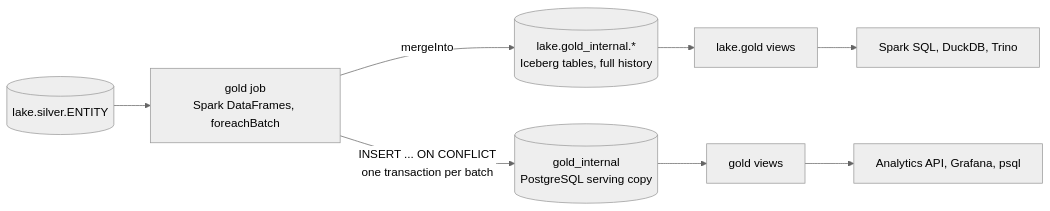
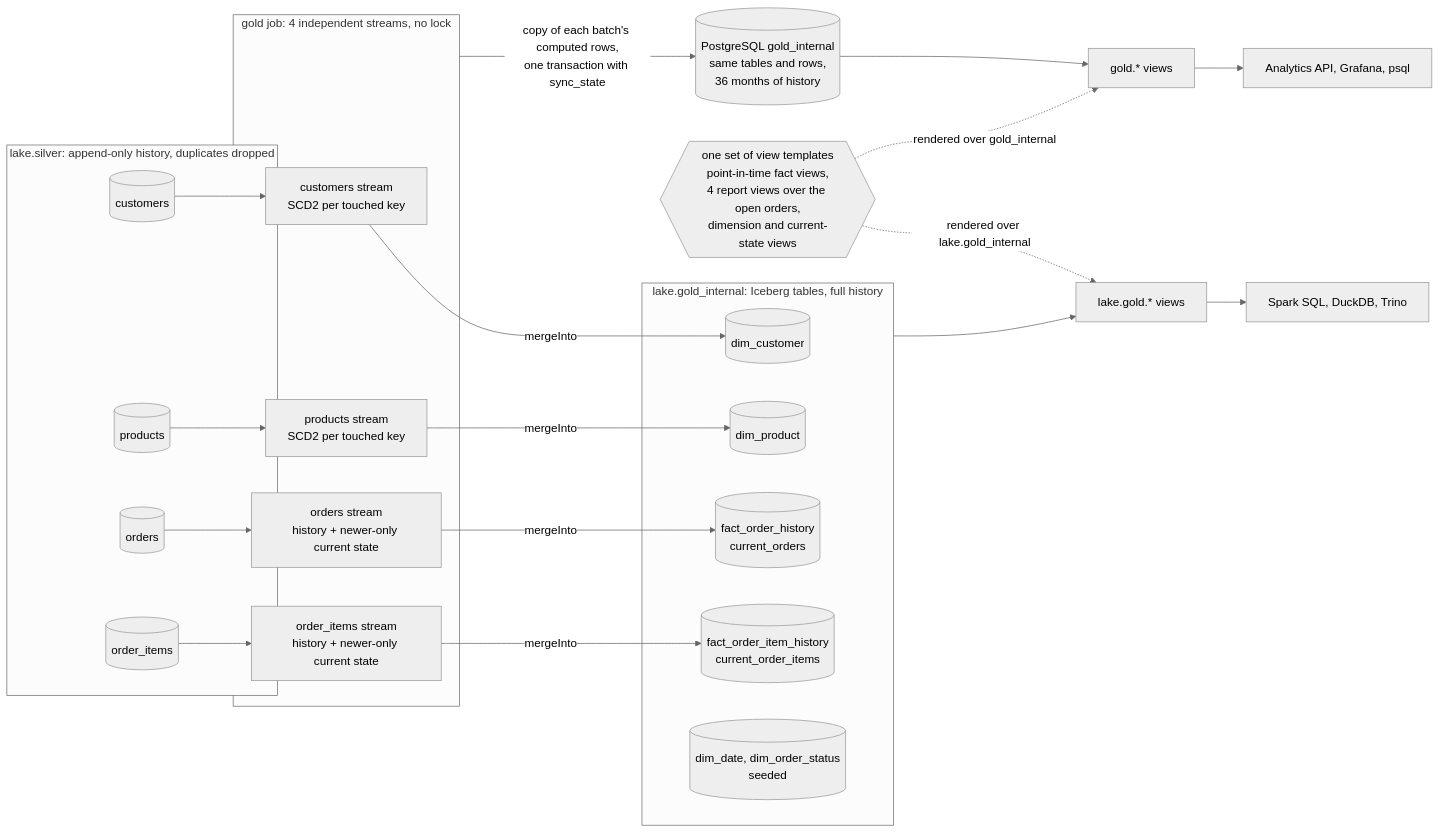
The diagram in docs/lakehouse/gold/index.md (jonathan5p/deel-home-task), drawn with Mermaid (neutral theme) before and after one commit. The commit also changed other lines of this file and 2 other files, not shown here.

Commit message:
docs(gold): describe the independent gold streams, business-key facts and the shared read-time views

````diff
--- a/docs/lakehouse/gold/index.md
+++ b/docs/lakehouse/gold/index.md
@@ -7,10 +7,40 @@
 ```mermaid
 flowchart LR
-    silver[("lake.silver.ENTITY")] --> job["gold job<br/>Spark DataFrames, foreachBatch"]
-    job -- "mergeInto" --> iceberg[("lake.gold_internal.*<br/>Iceberg tables, full history")]
-    job -- "INSERT ... ON CONFLICT<br/>one transaction per batch" --> pg[("gold_internal<br/>PostgreSQL serving copy")]
-    iceberg --> lviews["lake.gold views"]
-    pg --> gviews["gold views"]
-    lviews --> lake["Spark SQL, DuckDB, Trino"]
-    gviews --> serve["Analytics API, Grafana, psql"]
+    subgraph silver["lake.silver: append-only history, duplicates dropped"]
+        sc[("customers")]
+        sp[("products")]
+        so[("orders")]
+        si[("order_items")]
+    end
+    subgraph job["gold job: 4 independent streams, no lock"]
+        gc["customers stream<br/>SCD2 per touched key"]
+        gp["products stream<br/>SCD2 per touched key"]
+        go["orders stream<br/>history + newer-only current state"]
+        gi["order_items stream<br/>history + newer-only current state"]
+    end
+    subgraph ice["lake.gold_internal: Iceberg tables, full history"]
+        dc[("dim_customer")]
+        dp[("dim_product")]
+        fo[("fact_order_history<br/>current_orders")]
+        fi[("fact_order_item_history<br/>current_order_items")]
+        seeds[("dim_date, dim_order_status<br/>seeded")]
+    end
+    pg[("PostgreSQL gold_internal<br/>same tables and rows,<br/>36 months of history")]
+    tpl{{"one set of view templates<br/>point-in-time fact views,<br/>4 report views over the open orders,<br/>dimension and current-state views"}}
+    lv["lake.gold.* views"]
+    gv["gold.* views"]
+    lr["Spark SQL, DuckDB, Trino"]
+    sr["Analytics API, Grafana, psql"]
+
+    sc --> gc -- "mergeInto" --> dc
+    sp --> gp -- "mergeInto" --> dp
+    so --> go -- "mergeInto" --> fo
+    si --> gi -- "mergeInto" --> fi
+    job -- "copy of each batch's computed rows,<br/>one transaction with sync_state" --> pg
+    ice --> lv
+    pg --> gv
+    tpl -. "rendered over lake.gold_internal" .-> lv
+    tpl -. "rendered over gold_internal" .-> gv
+    lv --> lr
+    gv --> sr
 ```
````
